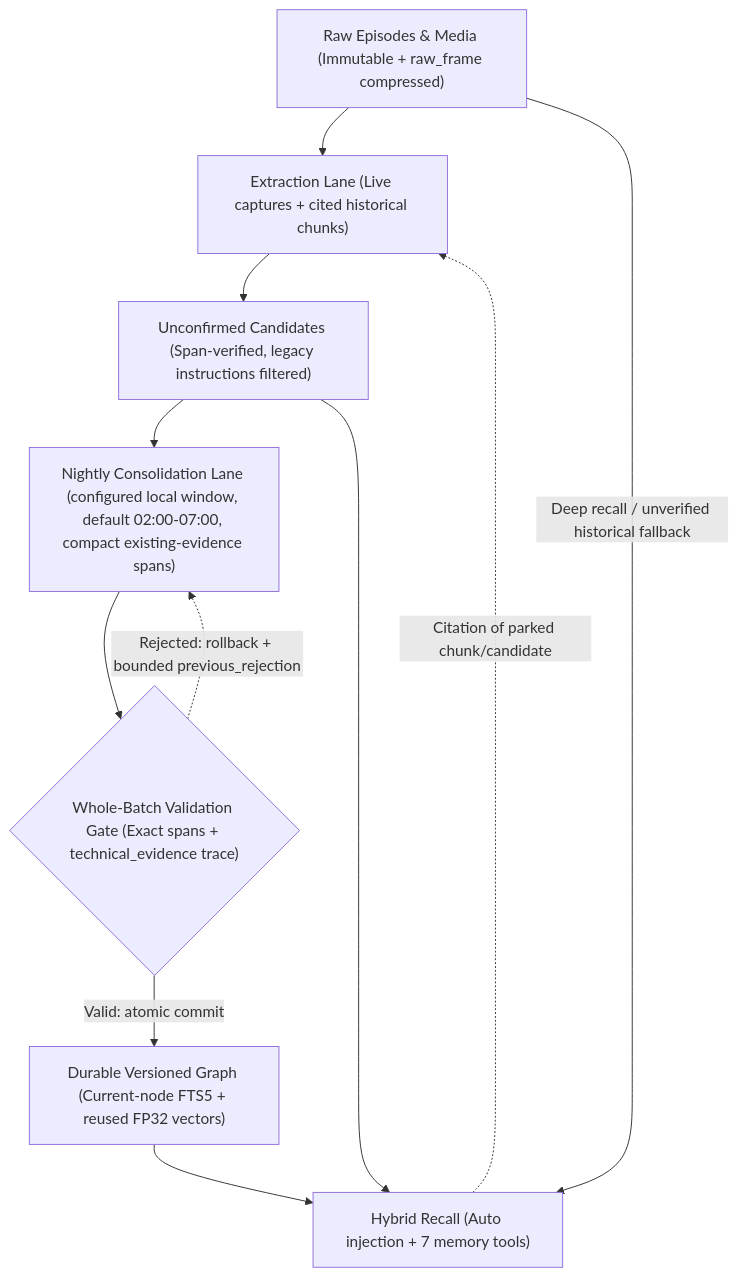
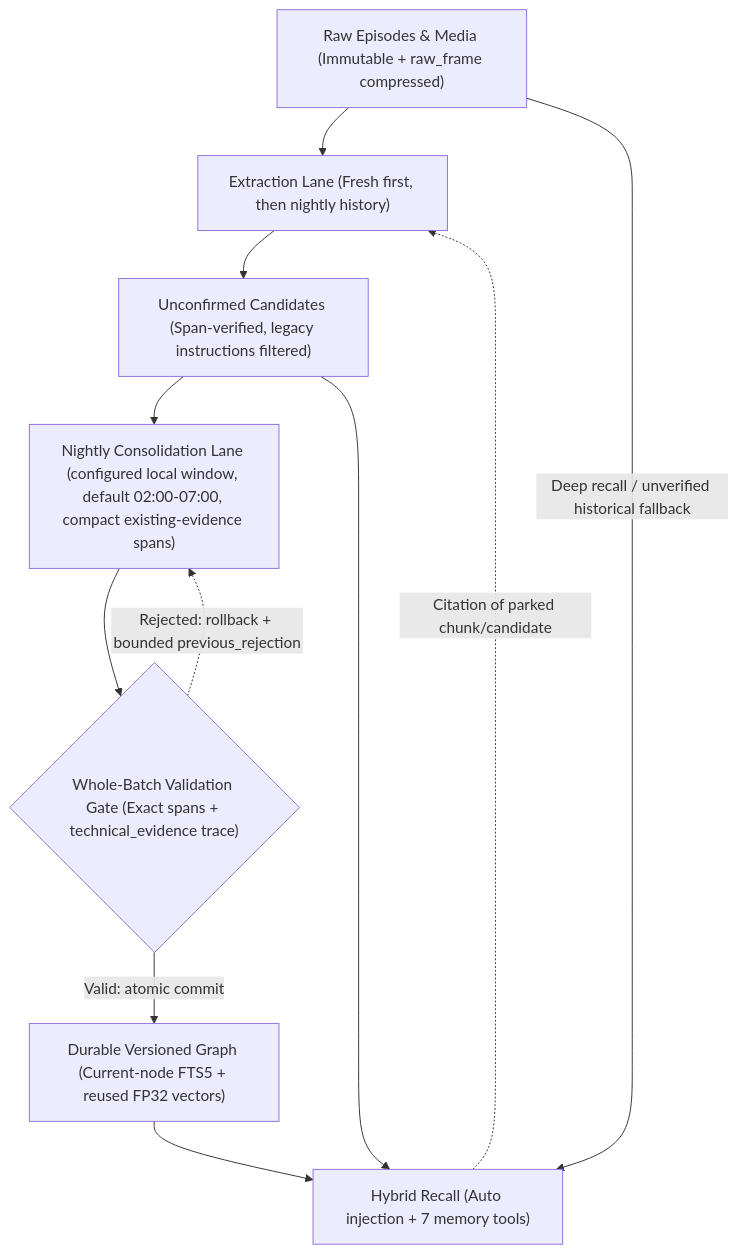
The second of 2 diagrams in README.md (misunders2d/memento), drawn with Mermaid before and after one commit. The commit also changed other lines of this file and 9 other files, not shown here.

Commit message:
fix: process historical backlog after fresh work

````diff
--- a/README.md
+++ b/README.md
@@ -56,15 +56,15 @@
 ```mermaid
 flowchart TB
     accTitle: From original conversation to verified memory and recall
-    accDescr: Raw episodes are losslessly compressed and chunked. New captures flow through the shared processing API and local native agent, while an optional one-time historical cutover parks older backlog as searchable unverified history that promotes on demand when cited.
-    H["Raw Episodes & Media (Immutable + raw_frame compressed)"] --> E["Extraction Lane (Live captures + cited historical chunks)"]
+    accDescr: Raw episodes are losslessly compressed and chunked. New captures flow through the shared processing API and local native agent. Historical backlog remains searchable and is extracted in the nightly window after fresh work, or on demand when cited.
+    H["Raw Episodes & Media (Immutable + raw_frame compressed)"] --> E["Extraction Lane (Fresh first, then nightly history)"]
     E --> C["Unconfirmed Candidates (Span-verified, legacy instructions filtered)"]
     C --> N["Nightly Consolidation Lane (configured local window, default 02:00-07:00, compact existing-evidence spans)"]
     N --> V{"Whole-Batch Validation Gate (Exact spans + technical_evidence trace)"}
     V -->|"Valid: atomic commit"| M["Durable Versioned Graph (Current-node FTS5 + reused FP32 vectors)"]
     V -.->|"Rejected: rollback + bounded previous_rejection"| N
     C --> R["Hybrid Recall (Auto injection + 7 memory tools)"]
     M --> R
     H -->|"Deep recall / unverified historical fallback"| R
     R -.->|"Citation of parked chunk/candidate"| E
 ```
````
